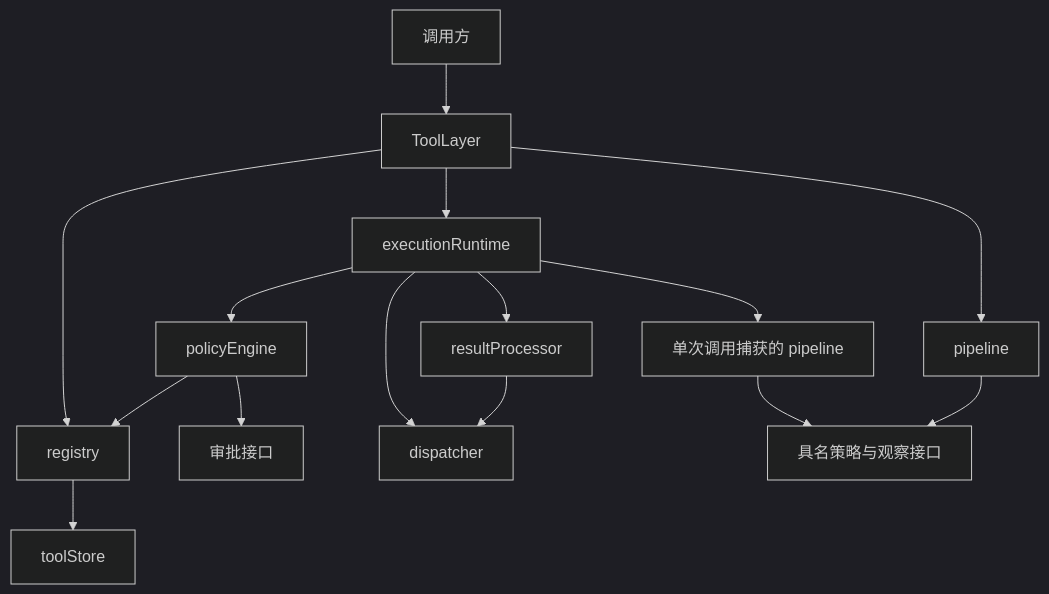
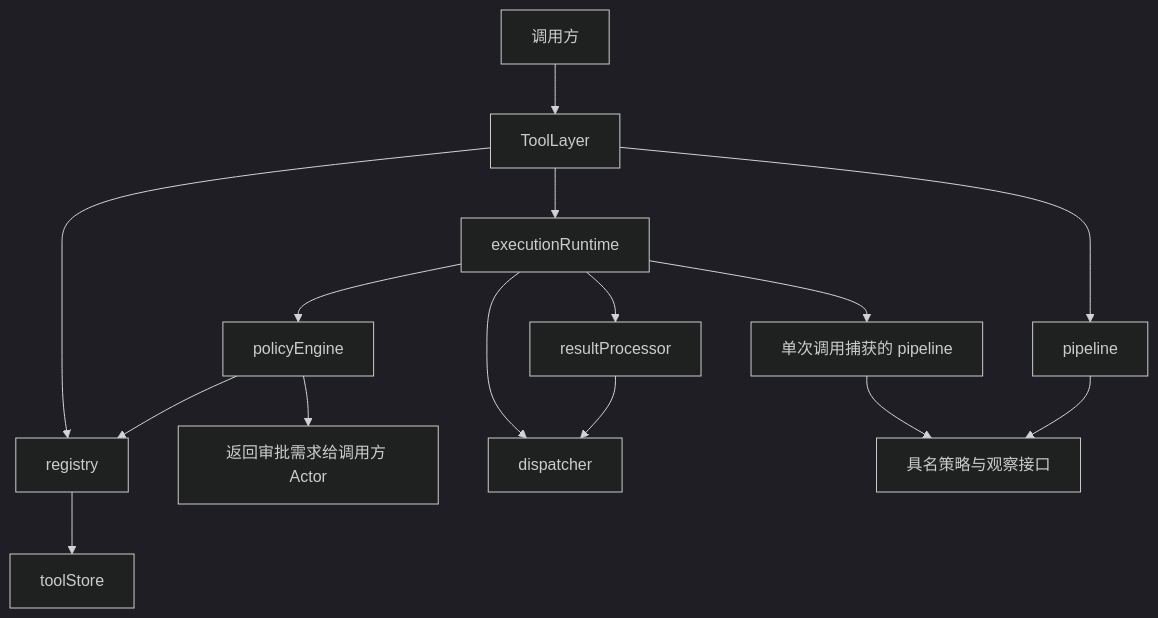
The first of 3 diagrams in tools/README.zh-CN.md (gorenx/goren), drawn with Mermaid (dark theme) before and after one commit. The commit also changed other lines of this file and 7 other files, not shown here.

````diff
--- a/tools/README.zh-CN.md
+++ b/tools/README.zh-CN.md
@@ -24,17 +24,17 @@
 ```mermaid
 flowchart TD
     Caller[调用方] --> Layer[ToolLayer]
     Layer --> Registry[registry]
     Registry --> Store[toolStore]
     Layer --> Runtime[executionRuntime]
     Layer --> Pipeline[pipeline]
     Runtime --> Policy[policyEngine]
     Runtime --> Dispatch[dispatcher]
     Runtime --> Result[resultProcessor]
     Policy --> Registry
     Runtime --> Snapshot[单次调用捕获的 pipeline]
     Snapshot --> Ports
     Result --> Dispatch
     Pipeline --> Ports[具名策略与观察接口]
-    Policy --> Approval[审批接口]
+    Policy --> Approval[返回审批需求给调用方 Actor]
 ```
````
